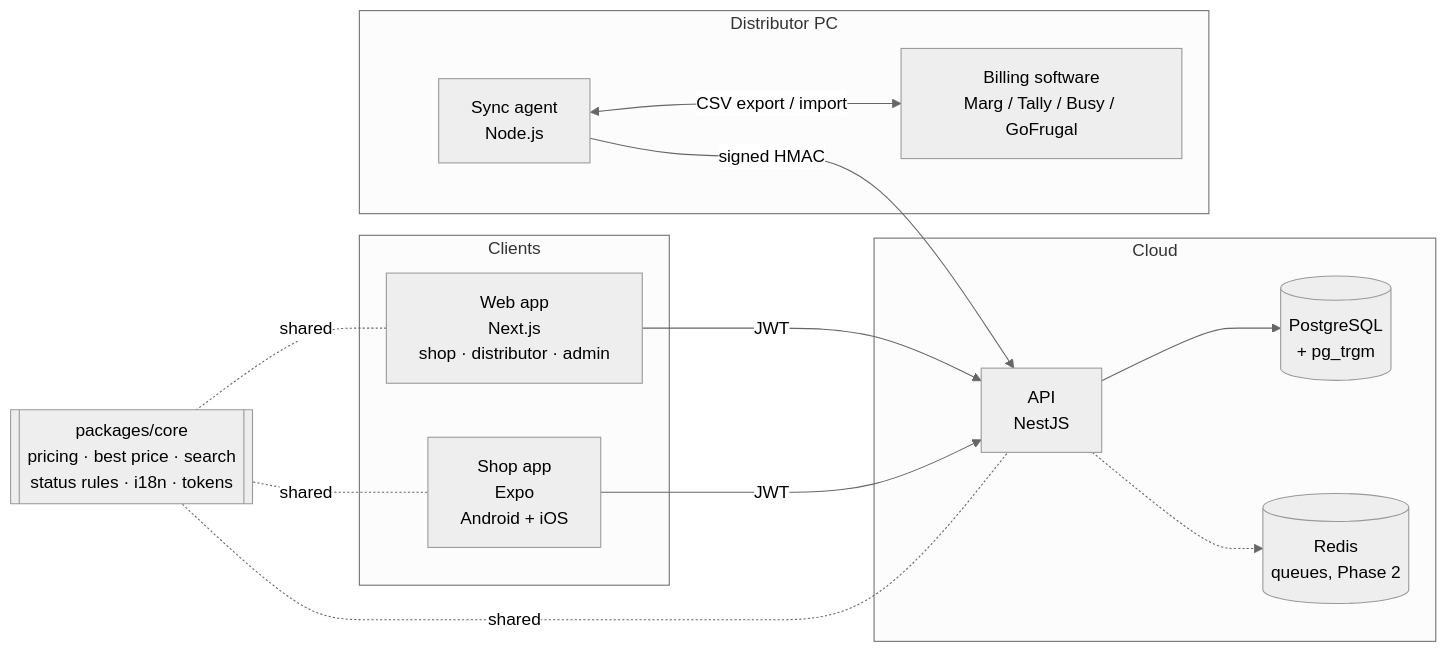
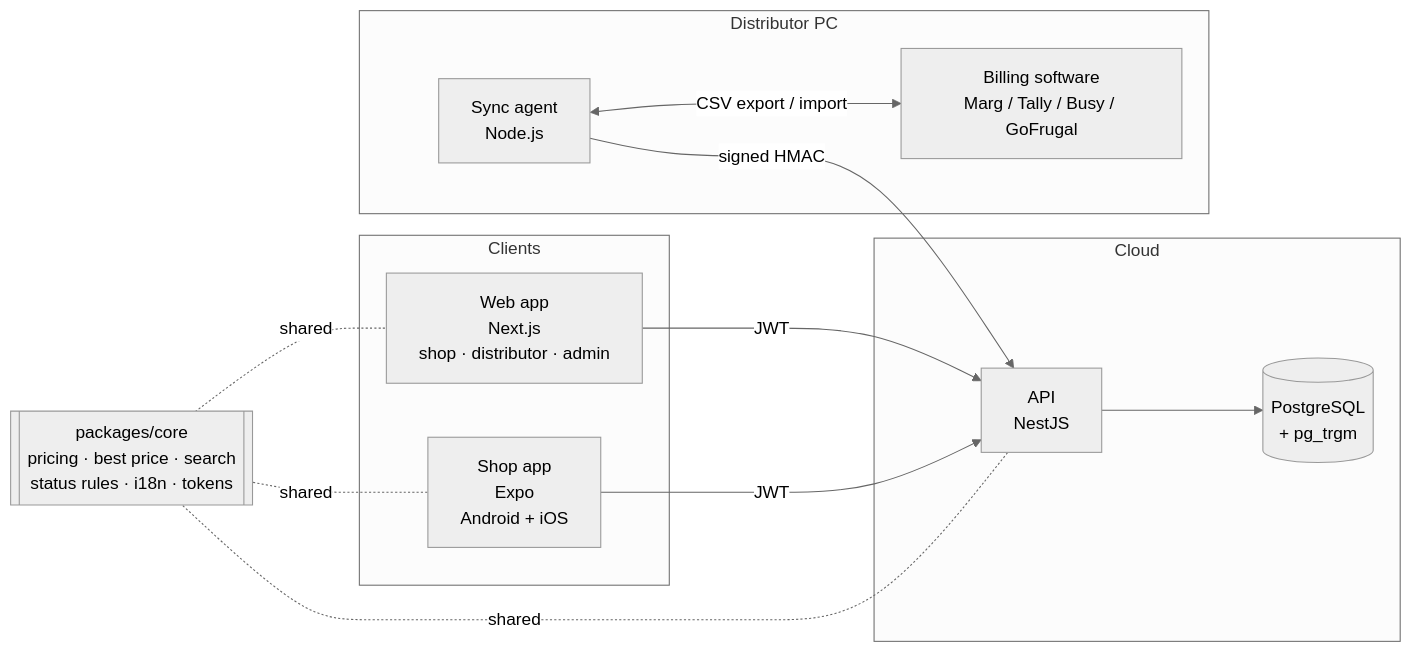
Before and after one commit to neredumelli/medilink: the diagram in docs/architecture.md, drawn with Mermaid (neutral theme). The commit also changed 17 other files, not shown here.

````diff
--- a/docs/architecture.md
+++ b/docs/architecture.md
@@ -3,26 +3,24 @@
 ```mermaid
 flowchart LR
   subgraph Clients
     W[Web app<br/>Next.js<br/>shop · distributor · admin]
     M[Shop app<br/>Expo<br/>Android + iOS]
   end
   subgraph Cloud
     A[API<br/>NestJS]
     DB[(PostgreSQL<br/>+ pg_trgm)]
-    R[(Redis<br/>queues, Phase 2)]
   end
   subgraph Distributor PC
     S[Sync agent<br/>Node.js]
     E[Billing software<br/>Marg / Tally / Busy / GoFrugal]
   end
   C[[packages/core<br/>pricing · best price · search<br/>status rules · i18n · tokens]]
   W -->|JWT| A
   M -->|JWT| A
   S -->|signed HMAC| A
   S <-->|CSV export / import| E
   A --> DB
-  A -.-> R
   C -. shared .- W
   C -. shared .- M
   C -. shared .- A
 ```
````
